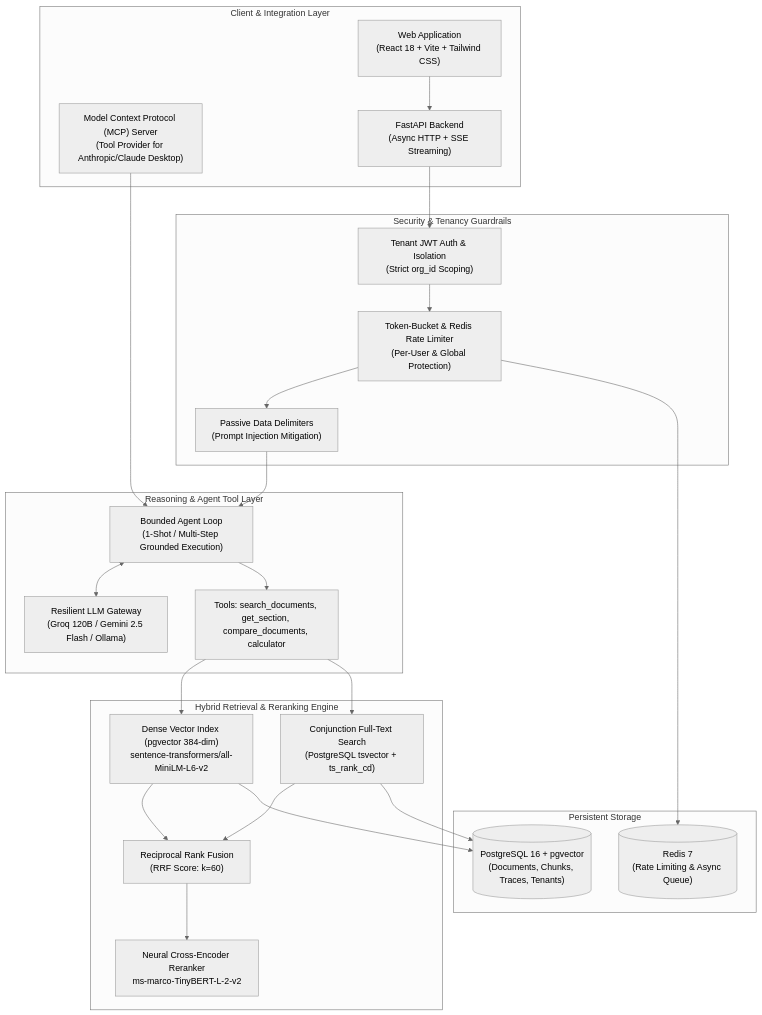
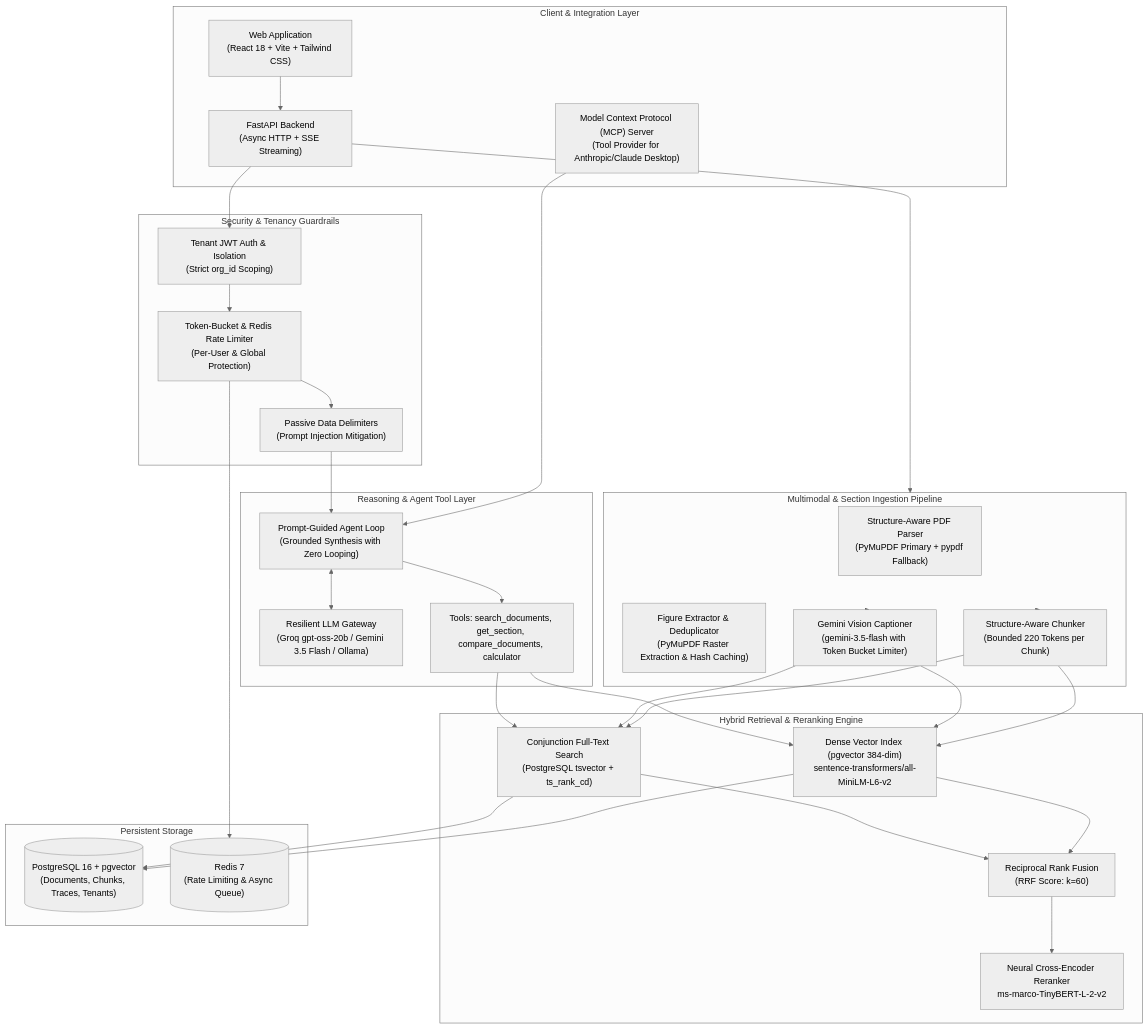
The diagram in README.md (mohammadshaikh77/RAG-FOR-ENTERPRISE-), drawn with Mermaid (neutral theme) before and after one commit. The commit also changed other lines of this file, not shown here.

Commit message:
docs: update README with multimodal diagram intelligence architecture, PK test case, and diagnostic highlights

````diff
--- a/README.md
+++ b/README.md
@@ -16,41 +16,51 @@
 ```mermaid
 flowchart TD
     subgraph ClientLayer["Client & Integration Layer"]
         WebUI["Web Application\n(React 18 + Vite + Tailwind CSS)"]
         MCPServer["Model Context Protocol (MCP) Server\n(Tool Provider for Anthropic/Claude Desktop)"]
         RESTAPI["FastAPI Backend\n(Async HTTP + SSE Streaming)"]
     end
 
     subgraph MiddlewareLayer["Security & Tenancy Guardrails"]
         TenantAuth["Tenant JWT Auth & Isolation\n(Strict org_id Scoping)"]
         RateLimiter["Token-Bucket & Redis Rate Limiter\n(Per-User & Global Protection)"]
         Delimiters["Passive Data Delimiters\n(Prompt Injection Mitigation)"]
     end
 
+    subgraph IngestionLayer["Multimodal & Section Ingestion Pipeline"]
+        PDFParser["Structure-Aware PDF Parser\n(PyMuPDF Primary + pypdf Fallback)"]
+        ImageExtractor["Figure Extractor & Deduplicator\n(PyMuPDF Raster Extraction & Hash Caching)"]
+        VisionCaptioner["Gemini Vision Captioner\n(gemini-3.5-flash with Token Bucket Limiter)"]
+        Chunker["Structure-Aware Chunker\n(Bounded 220 Tokens per Chunk)"]
+    end
+
     subgraph ReasoningLayer["Reasoning & Agent Tool Layer"]
-        AgentLoop["Bounded Agent Loop\n(1-Shot / Multi-Step Grounded Execution)"]
-        LLMGateway["Resilient LLM Gateway\n(Groq 120B / Gemini 2.5 Flash / Ollama)"]
+        AgentLoop["Prompt-Guided Agent Loop\n(Grounded Synthesis with Zero Looping)"]
+        LLMGateway["Resilient LLM Gateway\n(Groq gpt-oss-20b / Gemini 3.5 Flash / Ollama)"]
         Tools["Tools: search_documents, get_section, compare_documents, calculator"]
     end
 
     subgraph RetrievalLayer["Hybrid Retrieval & Reranking Engine"]
         VectorIndex["Dense Vector Index (pgvector 384-dim)\nsentence-transformers/all-MiniLM-L6-v2"]
         LexicalIndex["Conjunction Full-Text Search\n(PostgreSQL tsvector + ts_rank_cd)"]
         RRFFusion["Reciprocal Rank Fusion\n(RRF Score: k=60)"]
         CrossEncoder["Neural Cross-Encoder Reranker\nms-marco-TinyBERT-L-2-v2"]
     end
 
     subgraph StorageLayer["Persistent Storage"]
         Postgres[("PostgreSQL 16 + pgvector\n(Documents, Chunks, Traces, Tenants)")]
         RedisDB[("Redis 7\n(Rate Limiting & Async Queue)")]
     end
 
     WebUI --> RESTAPI
     MCPServer --> AgentLoop
     RESTAPI --> TenantAuth --> RateLimiter --> Delimiters --> AgentLoop
+    RESTAPI --> IngestionLayer
+    IngestionLayer --> Chunker & VisionCaptioner
+    Chunker & VisionCaptioner --> VectorIndex & LexicalIndex
     AgentLoop <--> LLMGateway
     AgentLoop --> Tools
     Tools --> VectorIndex & LexicalIndex --> RRFFusion --> CrossEncoder
     VectorIndex & LexicalIndex --> Postgres
     RateLimiter --> RedisDB
 ```
````
